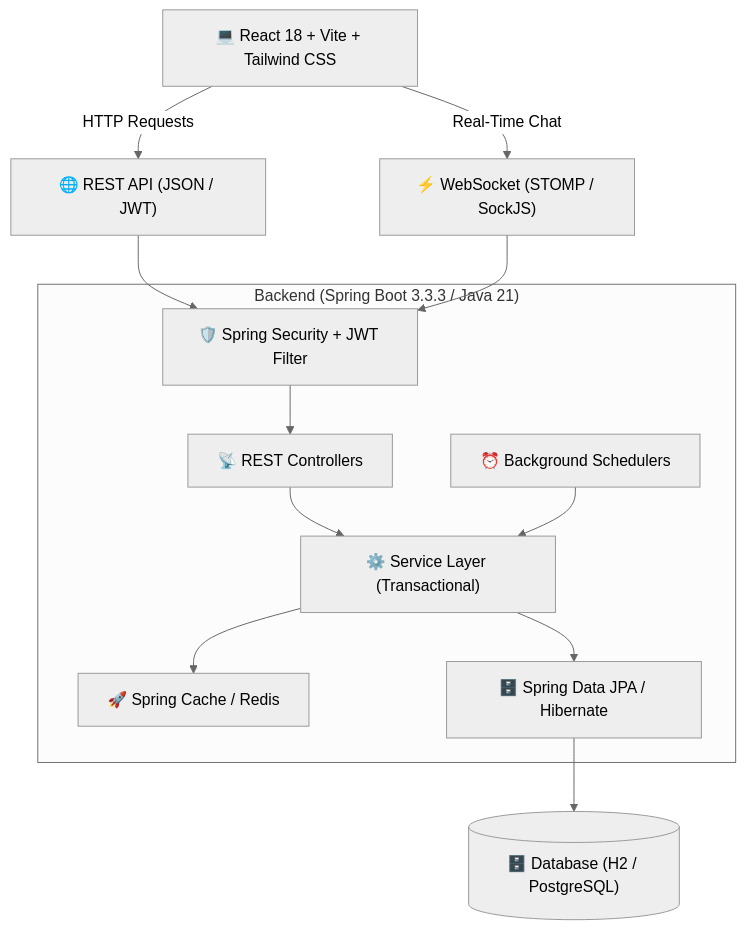
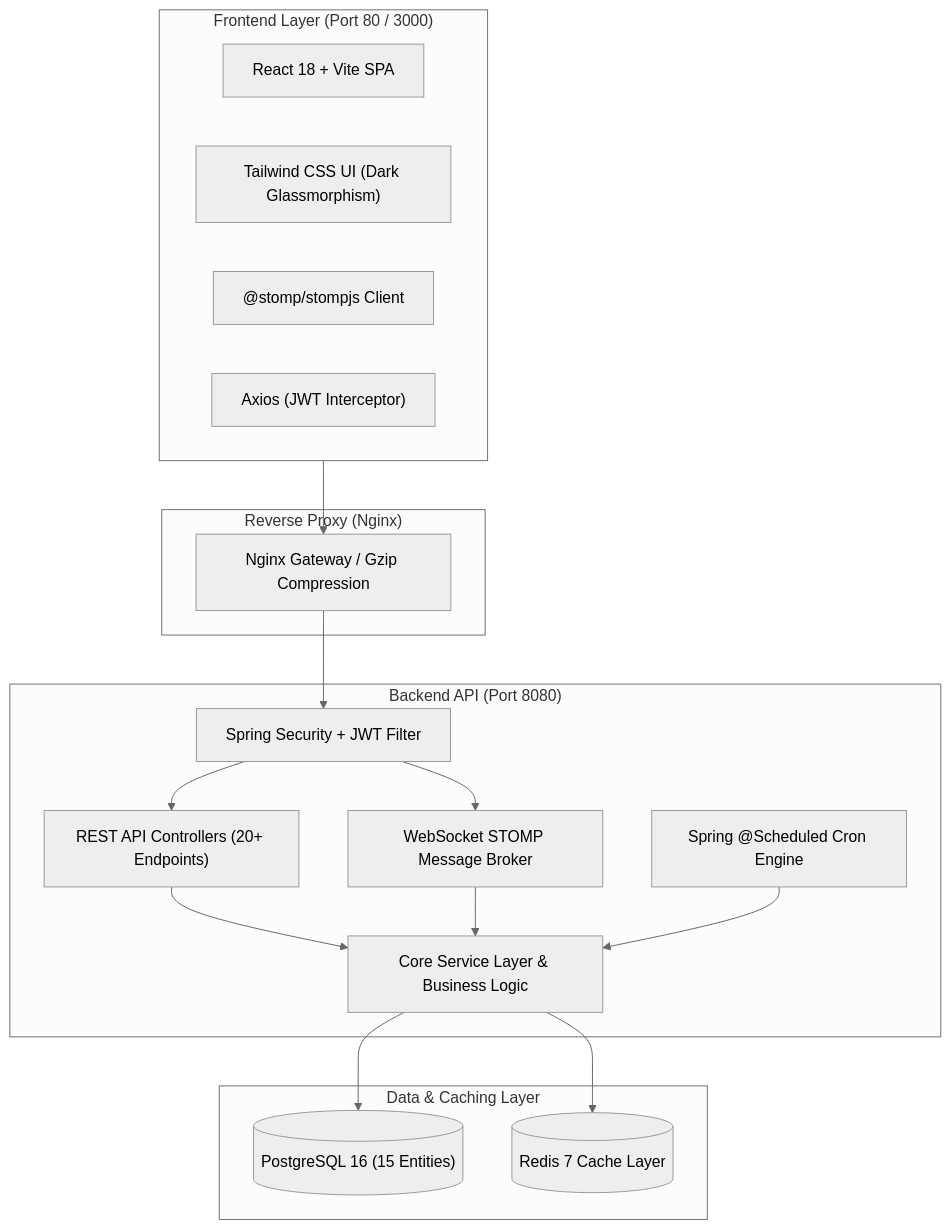
Before and after one commit to Kaviyarasu-S-Coder/BorrowBox: the diagram in README.md, drawn with Mermaid (neutral theme). The commit also changed other lines of this file and 2 other files, not shown here.

Commit message:
docs(phase-24): complete comprehensive portfolio documentation, system architecture references, API catalog, demo credentials, and MIT license

````diff
--- a/README.md
+++ b/README.md
@@ -50,28 +64,36 @@
 ```mermaid
-graph TD
-    Client["💻 React 18 + Vite + Tailwind CSS"]
-    WS["⚡ WebSocket (STOMP / SockJS)"]
-    REST["🌐 REST API (JSON / JWT)"]
-    
-    subgraph "Backend (Spring Boot 3.3.3 / Java 21)"
-        Security["🛡️ Spring Security + JWT Filter"]
-        Controllers["📡 REST Controllers"]
-        Services["⚙️ Service Layer (Transactional)"]
-        Scheduler["⏰ Background Schedulers"]
-        Cache["🚀 Spring Cache / Redis"]
-        JPA["🗄️ Spring Data JPA / Hibernate"]
+flowchart TD
+    subgraph Client ["Frontend Layer (Port 80 / 3000)"]
+        React["React 18 + Vite SPA"]
+        Tailwind["Tailwind CSS UI (Dark Glassmorphism)"]
+        Stomp["@stomp/stompjs Client"]
+        Axios["Axios (JWT Interceptor)"]
     end
-    
-    Database[("🗄️ Database (H2 / PostgreSQL)")]
-    
-    Client -->|HTTP Requests| REST
-    Client -->|Real-Time Chat| WS
-    REST --> Security
-    WS --> Security
-    Security --> Controllers
-    Controllers --> Services
-    Scheduler --> Services
-    Services --> Cache
-    Services --> JPA
-    JPA --> Database
+
+    subgraph Proxy ["Reverse Proxy (Nginx)"]
+        Nginx["Nginx Gateway / Gzip Compression"]
+    end
+
+    subgraph Backend ["Backend API (Port 8080)"]
+        Security["Spring Security + JWT Filter"]
+        REST["REST API Controllers (20+ Endpoints)"]
+        WS["WebSocket STOMP Message Broker"]
+        Services["Core Service Layer & Business Logic"]
+        Jobs["Spring @Scheduled Cron Engine"]
+    end
+
+    subgraph Data ["Data & Caching Layer"]
+        PG[("PostgreSQL 16 (15 Entities)")]
+        Redis[("Redis 7 Cache Layer")]
+    end
+
+    Client --> Nginx
+    Nginx --> Security
+    Security --> REST
+    Security --> WS
+    REST --> Services
+    WS --> Services
+    Services --> Redis
+    Services --> PG
+    Jobs --> Services
 ```
````
